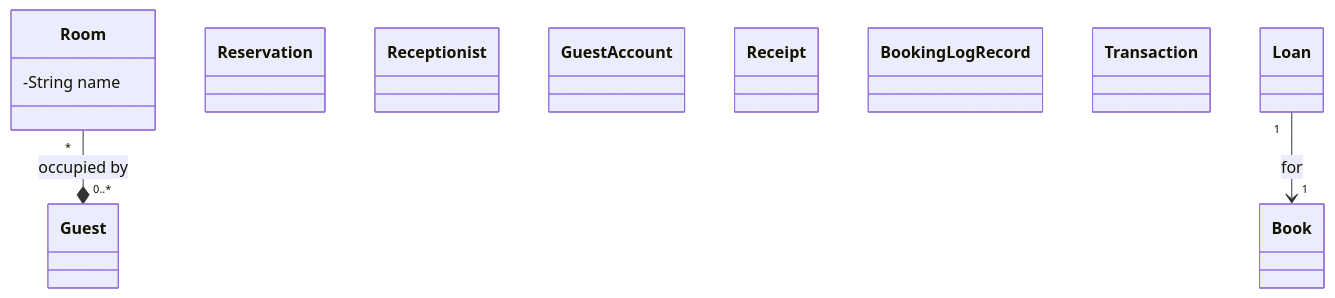
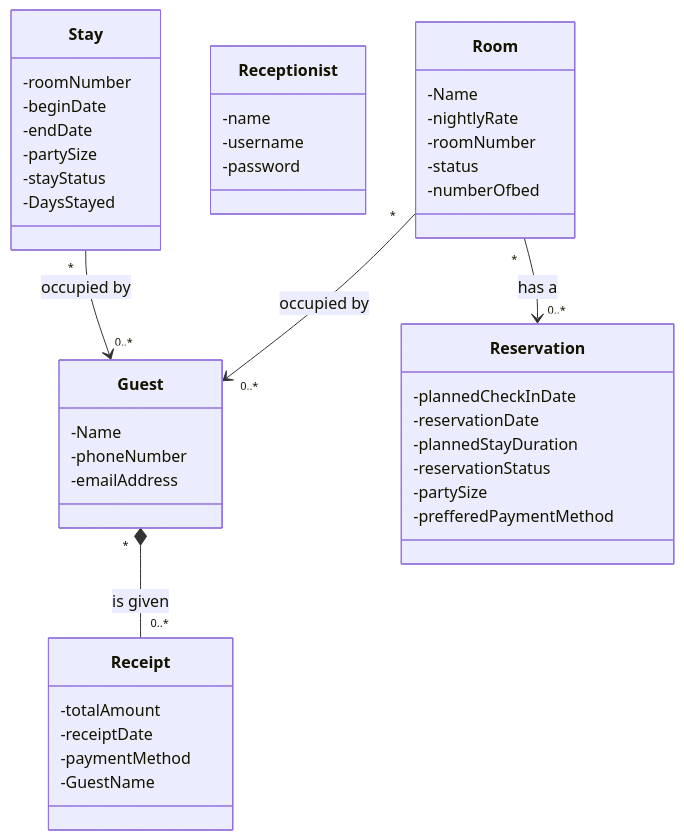
One commit to SalahRobleh/ics372-salah-robleh changed the diagram in assignments/assignment-1/analysis.md. Above: the diagram before and after it, drawn with Mermaid. The commit also changed other lines of this file and 2 other files, not shown here.

Commit message:
in progress

````diff
--- a/assignments/assignment-1/analysis.md
+++ b/assignments/assignment-1/analysis.md
@@ -49,29 +53,46 @@
 ```mermaid
 classDiagram
   class Room {
-    -String name
+    -Name
+    -nightlyRate
+    -roomNumber
+    -status
+    -numberOfbed
   }
   class Guest {
-
+    -Name
+    -phoneNumber
+    -emailAddress
   }
   class Reservation {
-
+    -plannedCheckInDate
+    -reservationDate
+    -plannedStayDuration
+    -reservationStatus
+    -partySize
+    -prefferedPaymentMethod
   }
   class Receptionist {
-
+    -name
+    -username
+    -password
   }
-  class Guest Account  {
-
+  class Stay  {
+    -roomNumber
+    -beginDate
+    -endDate
+    -partySize
+    -stayStatus
+    -DaysStayed
   }
   class Receipt {
-
+    -totalAmount
+    -receiptDate
+    -paymentMethod
+    -GuestName
   }
-  class Booking Log Record  {
-
-  }
-  class Transaction {
-
-  }
-  Room "*" --* "0..*" Guest : occupied by
-  Loan "1" --> "1" Book : for
+  Room "*" --> "0..*" Guest : occupied by
+  Guest "*" *-- "0..*" Receipt : is given
+  Room "*" --> "0..*" Reservation : has a
+  Stay "*" --> "0..*" Guest : occupied by
 ```
````
